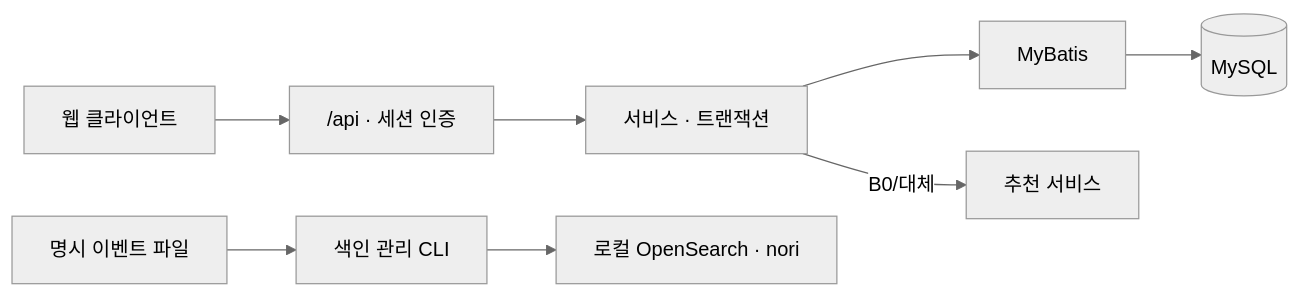
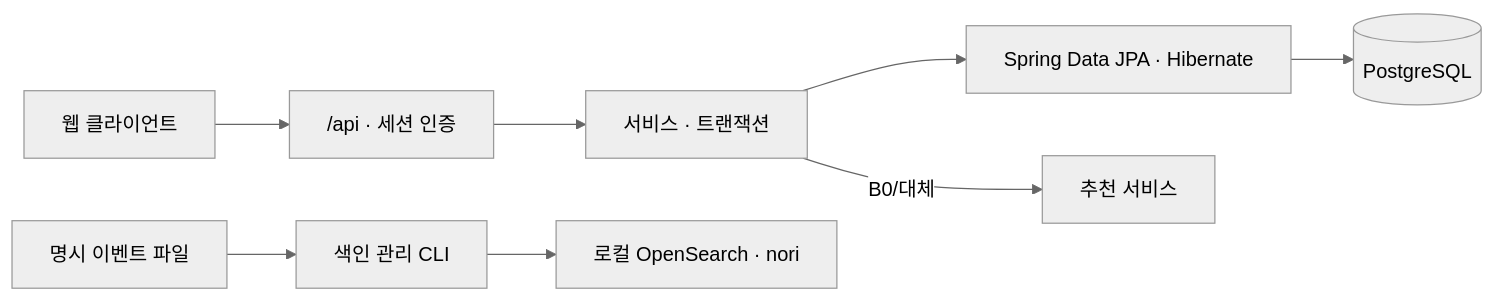
The diagram in README.md (Pubburi/Backend), drawn with Mermaid (neutral theme) before and after one commit. The commit also changed other lines of this file and 113 other files, not shown here.

First line of the commit message:
refactor(db): 기본 실행 산출물을 PostgreSQL JPA로 전환한다

````diff
--- a/README.md
+++ b/README.md
@@ -77,10 +77,10 @@
 ```mermaid
 flowchart LR
     Web["웹 클라이언트"] --> API["/api · 세션 인증"]
     API --> Service["서비스 · 트랜잭션"]
-    Service --> Mapper["MyBatis"]
-    Mapper --> DB[("MySQL")]
+    Service --> JPA["Spring Data JPA · Hibernate"]
+    JPA --> DB[("PostgreSQL")]
     Service -->|B0/대체| Recommendation["추천 서비스"]
     Events["명시 이벤트 파일"] --> CLI["색인 관리 CLI"]
     CLI --> Search["로컬 OpenSearch · nori"]
 ```
````
